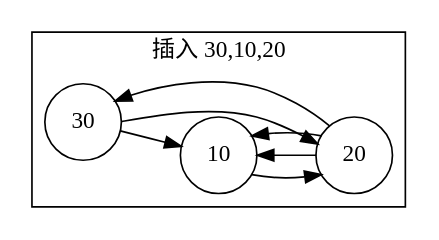
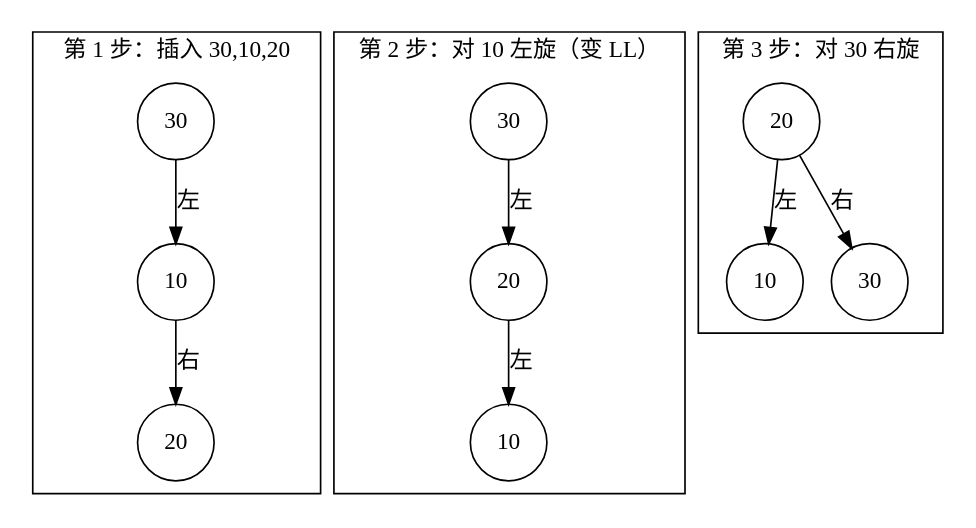
The third of 3 diagrams in content/chapter-08-search/03-balanced-search-tree.md (AzenAnn/DSA-Mastery), drawn with Graphviz before and after one commit. The commit also changed other lines of this file and 11 other files, not shown here.

First line of the commit message:
fix(ch08): correct graphviz diagram clusters and edge semantics

````diff
--- a/content/chapter-08-search/03-balanced-search-tree.md
+++ b/content/chapter-08-search/03-balanced-search-tree.md
@@ -117,21 +121,24 @@
 ```graphviz
 digraph LrRotate {
-  rankdir=LR;
+  rankdir=TB;
   node [shape=circle];
   subgraph cluster_s1 {
-    label="插入 30,10,20";
-    30 -> 10;
-    10 -> 20;
+    label="第 1 步：插入 30,10,20";
+    a1 [label="30"]; b1 [label="10"]; c1 [label="20"];
+    a1 -> b1 [label="左"];
+    b1 -> c1 [label="右"];
   }
   subgraph cluster_s2 {
-    label="对 10 左旋";
-    30 -> 20;
-    20 -> 10;
+    label="第 2 步：对 10 左旋（变 LL）";
+    a2 [label="30"]; b2 [label="20"]; c2 [label="10"];
+    a2 -> b2 [label="左"];
+    b2 -> c2 [label="左"];
   }
   subgraph cluster_s3 {
-    label="对 30 右旋";
-    20 -> 10;
-    20 -> 30;
+    label="第 3 步：对 30 右旋";
+    a3 [label="20"]; b3 [label="10"]; c3 [label="30"];
+    a3 -> b3 [label="左"];
+    a3 -> c3 [label="右"];
   }
 }
 ```
````
